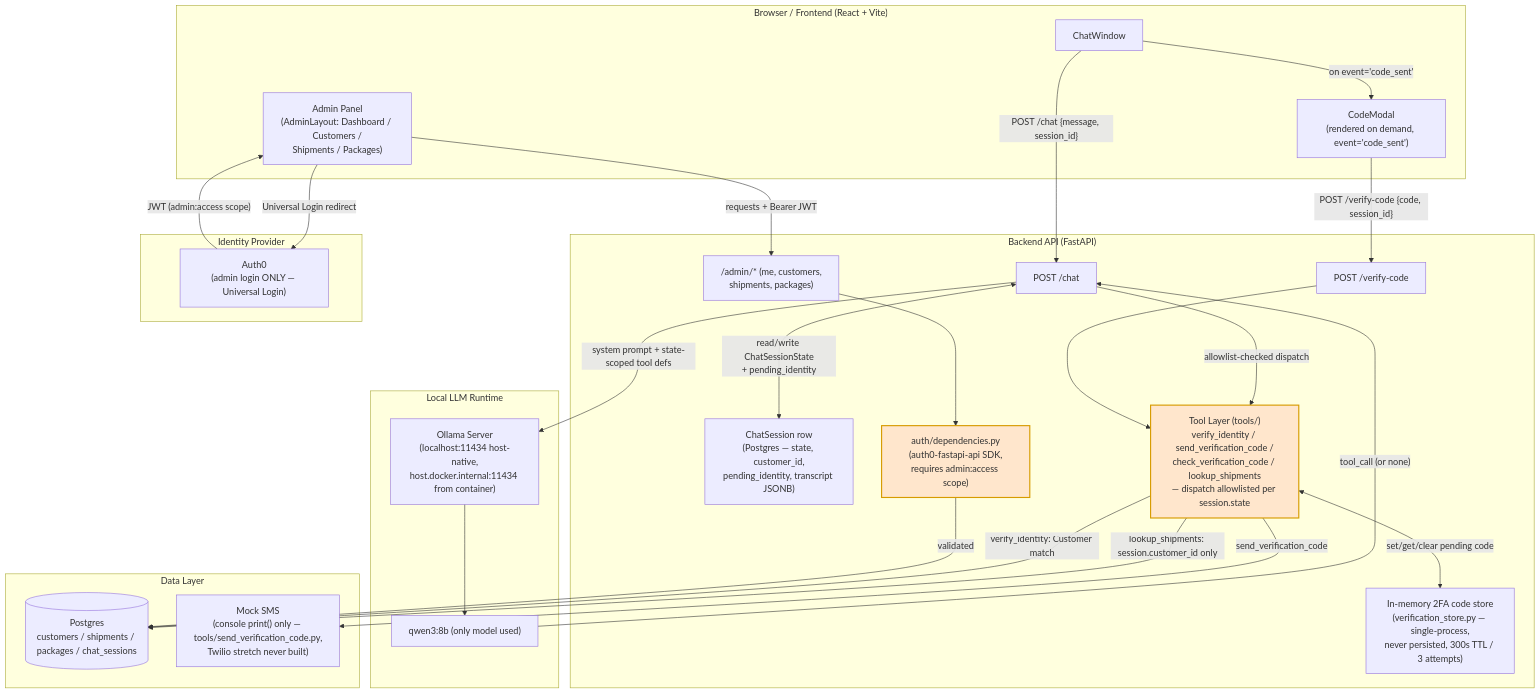
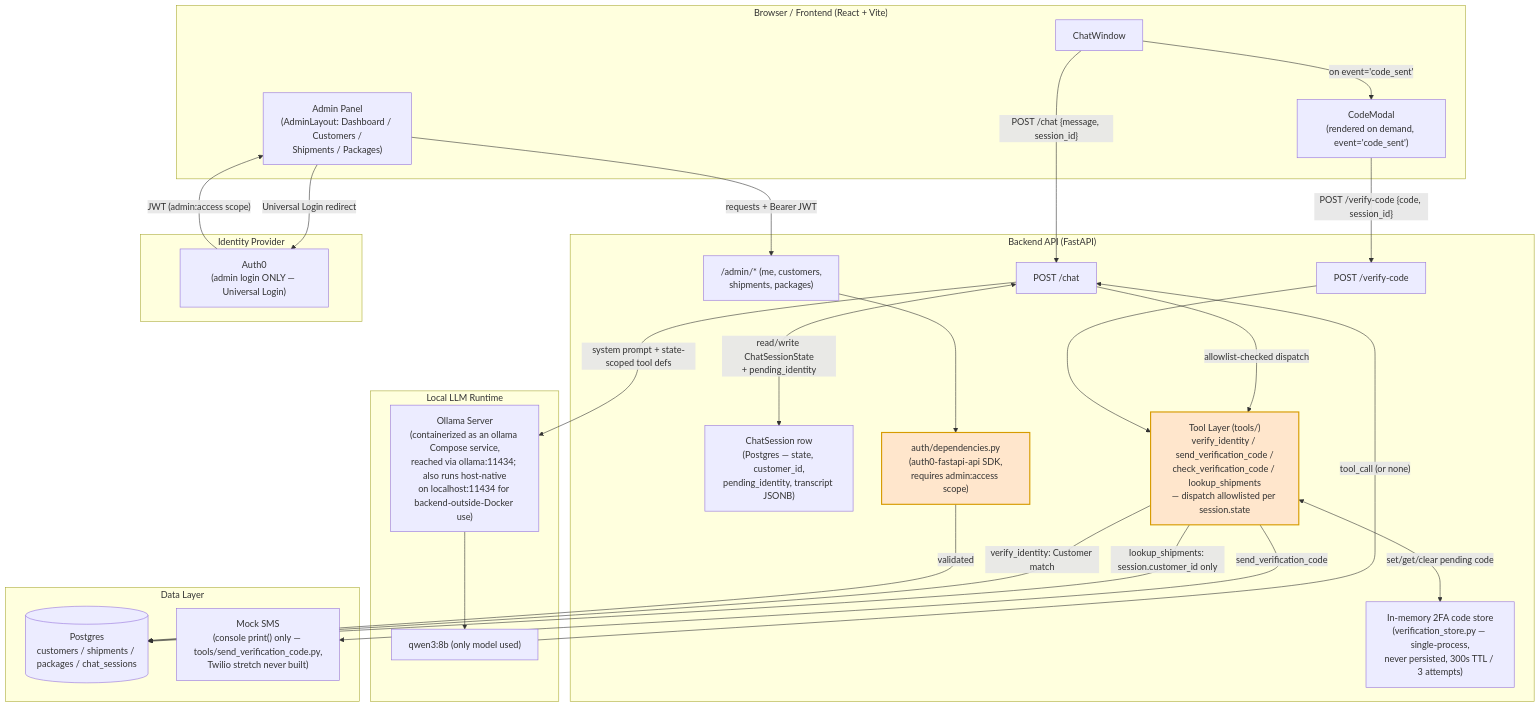
One commit to ZemaKing/secure-ship-ai changed the diagram in docs/diagrams/6.1-system-architecture.md. Above: the diagram before and after it, drawn with Mermaid. The commit also changed 8 other files, not shown here.

First line of the commit message:
Containerize Ollama as a Compose service, close out Week 5 stretch goals

````diff
--- a/docs/diagrams/6.1-system-architecture.md
+++ b/docs/diagrams/6.1-system-architecture.md
@@ -5,55 +5,55 @@
 ```mermaid
 flowchart TB
     subgraph Client["Browser / Frontend (React + Vite)"]
         UI[ChatWindow]
         Modal["CodeModal<br/>(rendered on demand, event='code_sent')"]
         AdminUI["Admin Panel<br/>(AdminLayout: Dashboard / Customers /<br/>Shipments / Packages)"]
     end
 
     subgraph Backend["Backend API (FastAPI)"]
         ChatAPI["POST /chat"]
         VerifyAPI["POST /verify-code"]
         AdminAPI["/admin/* (me, customers,<br/>shipments, packages)"]
         ChatDB["ChatSession row<br/>(Postgres — state, customer_id,<br/>pending_identity, transcript JSONB)"]
         CodeStore["In-memory 2FA code store<br/>(verification_store.py — single-process,<br/>never persisted, 300s TTL / 3 attempts)"]
         ToolLayer["Tool Layer (tools/)<br/>verify_identity / send_verification_code /<br/>check_verification_code / lookup_shipments<br/>— dispatch allowlisted per session.state"]
         AuthMW["auth/dependencies.py<br/>(auth0-fastapi-api SDK,<br/>requires admin:access scope)"]
     end
 
     subgraph LocalLLM["Local LLM Runtime"]
-        Ollama["Ollama Server<br/>(localhost:11434 host-native,<br/>host.docker.internal:11434 from container)"]
+        Ollama["Ollama Server<br/>(containerized as an ollama Compose service,<br/>reached via ollama:11434; also runs host-native<br/>on localhost:11434 for backend-outside-Docker use)"]
         Model["qwen3:8b (only model used)"]
     end
 
     subgraph DataLayer["Data Layer"]
         DB[("Postgres<br/>customers / shipments / packages / chat_sessions")]
         SMSMock["Mock SMS<br/>(console print() only — tools/send_verification_code.py,<br/>Twilio stretch never built)"]
     end
 
     subgraph IdP["Identity Provider"]
         Auth0["Auth0<br/>(admin login ONLY — Universal Login)"]
     end
 
     UI -->|"POST /chat {message, session_id}"| ChatAPI
     ChatAPI <-->|"read/write ChatSessionState<br/>+ pending_identity"| ChatDB
     ChatAPI -->|"system prompt + state-scoped tool defs"| Ollama
     Ollama --> Model
     Model -->|"tool_call (or none)"| ChatAPI
     ChatAPI -->|"allowlist-checked dispatch"| ToolLayer
     ToolLayer -->|"lookup_shipments: session.customer_id only"| DB
     ToolLayer -->|"verify_identity: Customer match"| DB
     ToolLayer -->|"send_verification_code"| SMSMock
     ToolLayer <-->|"set/get/clear pending code"| CodeStore
     UI -->|"on event='code_sent'"| Modal
     Modal -->|"POST /verify-code {code, session_id}"| VerifyAPI
     VerifyAPI --> ToolLayer
 
     AdminUI -->|"Universal Login redirect"| Auth0
     Auth0 -->|"JWT (admin:access scope)"| AdminUI
     AdminUI -->|"requests + Bearer JWT"| AdminAPI
     AdminAPI --> AuthMW
     AuthMW -->|"validated"| DB
 
     style ToolLayer fill:#ffe6cc,stroke:#d79b00,stroke-width:2px
     style AuthMW fill:#ffe6cc,stroke:#d79b00,stroke-width:2px
 ```
````
